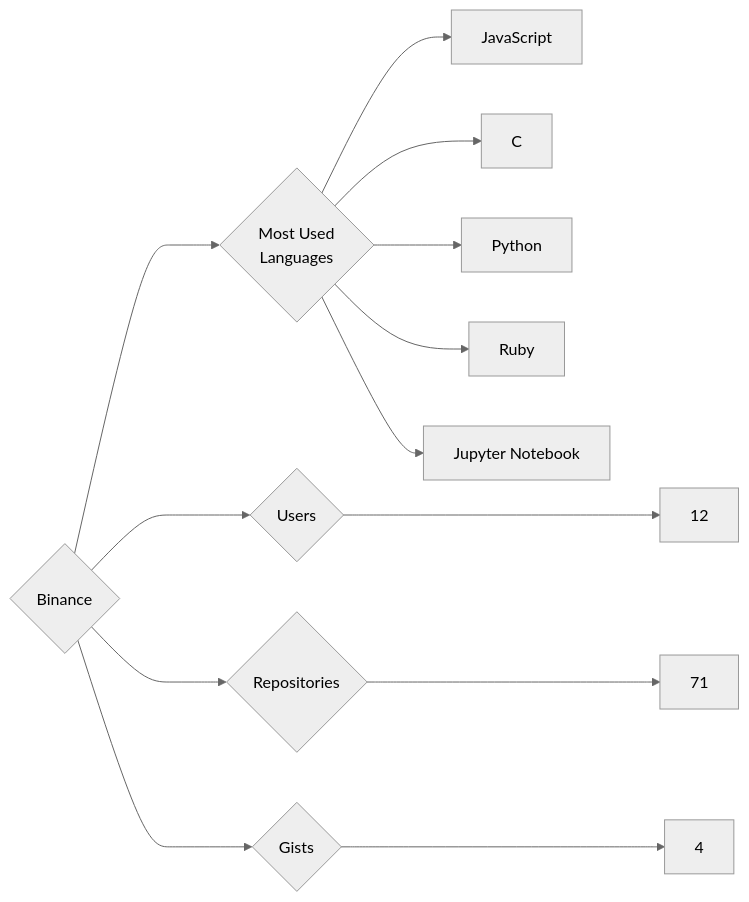
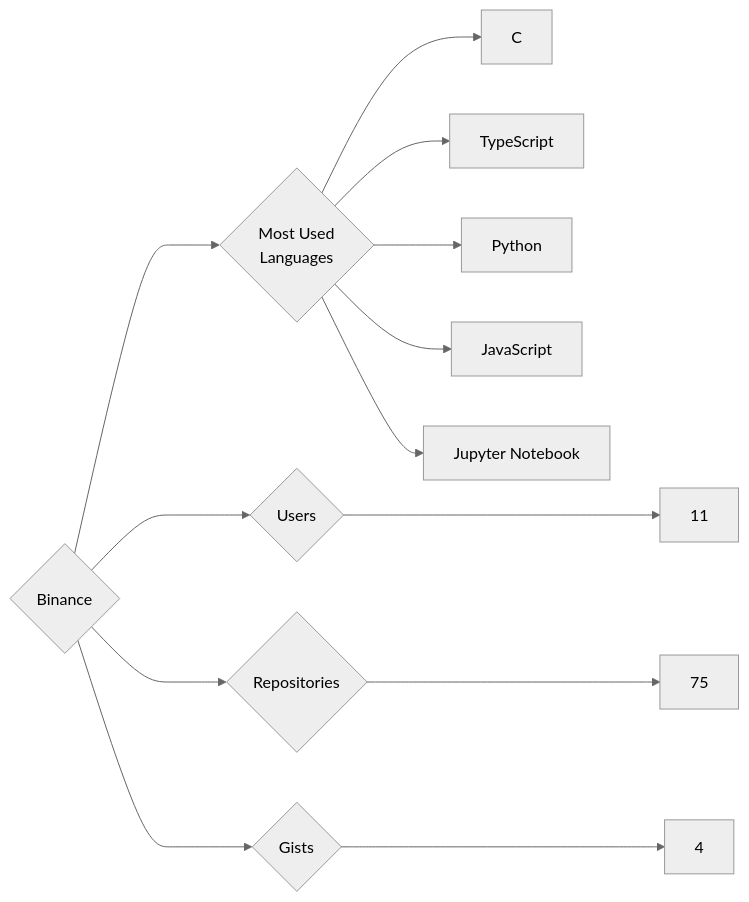
Before and after one commit to trickest/insiders: the diagram in targets/Binance/README.md, drawn with Mermaid (neutral theme). The commit also changed 935 other files, not shown here.

````diff
--- a/targets/Binance/README.md
+++ b/targets/Binance/README.md
@@ -3,13 +3,13 @@
 ```mermaid
 graph LR
 COMPANY_NAME{Binance}
-COMPANY_NAME ---> U{Users} ---> UN[12]
-COMPANY_NAME ---> R{Repositories} ---> RN[71]
+COMPANY_NAME ---> U{Users} ---> UN[11]
+COMPANY_NAME ---> R{Repositories} ---> RN[75]
 COMPANY_NAME ---> G{Gists} ---> GN[4]
 COMPANY_NAME ---> ML{Most Used<br>Languages}
+ML --> C[C]
+ML --> TypeScript[TypeScript]
+ML --> Python[Python]
 ML --> JavaScript[JavaScript]
-ML --> C[C]
-ML --> Python[Python]
-ML --> Ruby[Ruby]
 ML --> Jupyter_Notebook[Jupyter Notebook]
 ```
````
